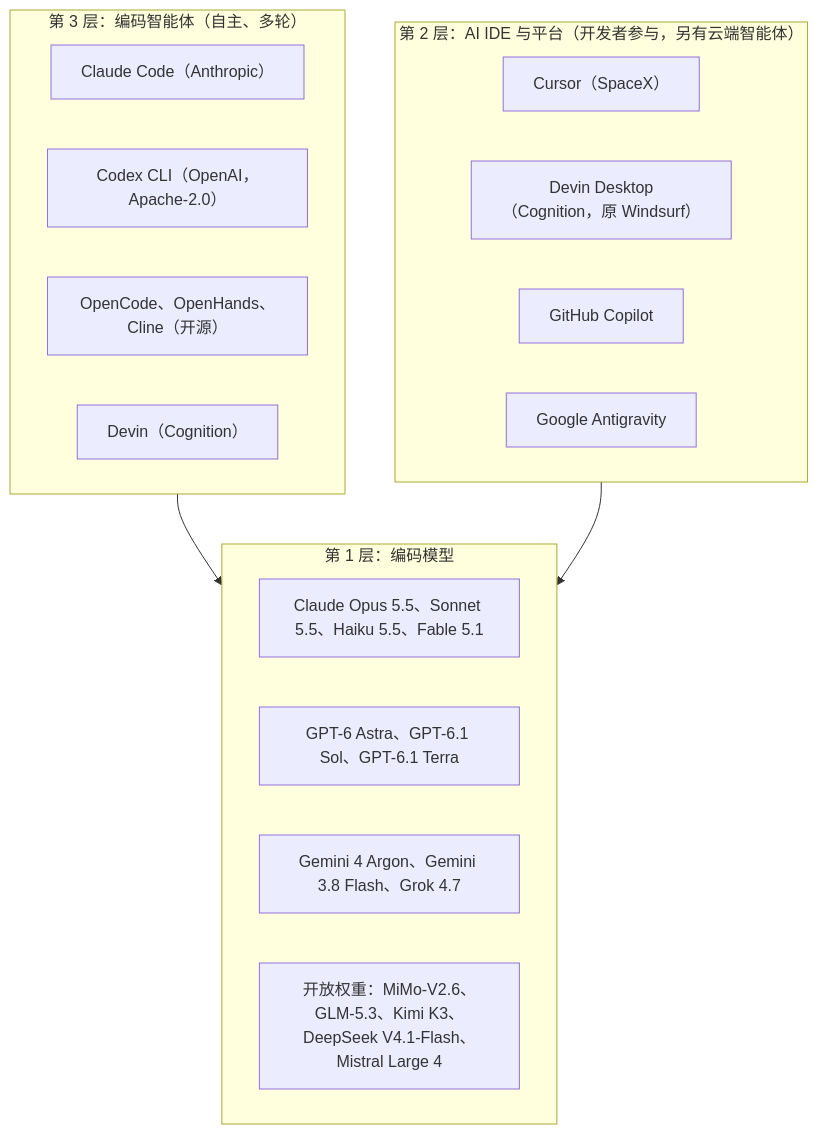
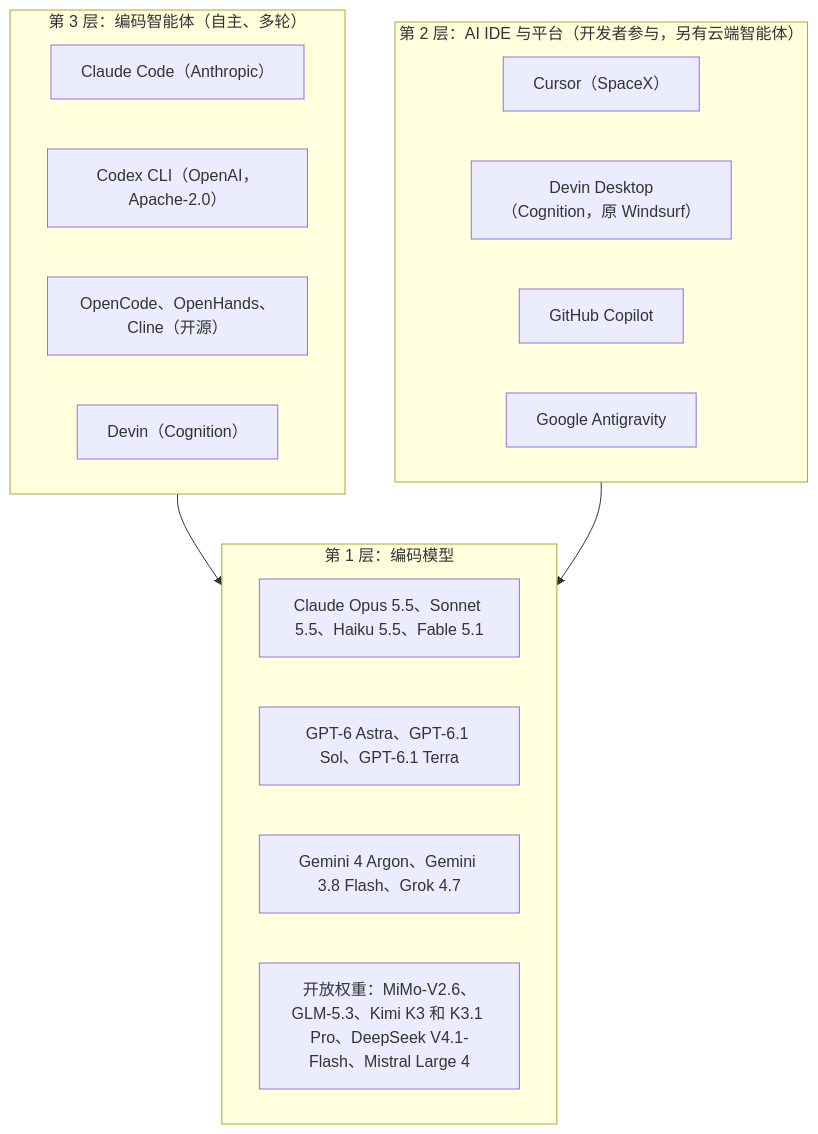
The diagram in 09-frameworks-and-tools/10-opencoderguide.md (ChiHoc/ai-system-design-guide-zh), drawn with Mermaid before and after one commit. The commit also changed other lines of this file and 100 other files, not shown here.

````diff
--- a/09-frameworks-and-tools/10-opencoderguide.md
+++ b/09-frameworks-and-tools/10-opencoderguide.md
@@ -24,23 +24,23 @@
 ```mermaid
 flowchart TB
     subgraph L3["第 3 层：编码智能体（自主、多轮）"]
         A1["Claude Code（Anthropic）"]
         A2["Codex CLI（OpenAI，Apache-2.0）"]
         A3["OpenCode、OpenHands、Cline（开源）"]
         A4["Devin（Cognition）"]
     end
     subgraph L2["第 2 层：AI IDE 与平台（开发者参与，另有云端智能体）"]
         B1["Cursor（SpaceX）"]
         B2["Devin Desktop（Cognition，原 Windsurf）"]
         B3["GitHub Copilot"]
         B4["Google Antigravity"]
     end
     subgraph L1["第 1 层：编码模型"]
         C1["Claude Opus 5.5、Sonnet 5.5、Haiku 5.5、Fable 5.1"]
         C2["GPT-6 Astra、GPT-6.1 Sol、GPT-6.1 Terra"]
         C3["Gemini 4 Argon、Gemini 3.8 Flash、Grok 4.7"]
-        C4["开放权重：MiMo-V2.6、GLM-5.3、Kimi K3、DeepSeek V4.1-Flash、Mistral Large 4"]
+        C4["开放权重：MiMo-V2.6、GLM-5.3、Kimi K3 和 K3.1 Pro、DeepSeek V4.1-Flash、Mistral Large 4"]
     end
     L3 --> L1
     L2 --> L1
 ```
````
